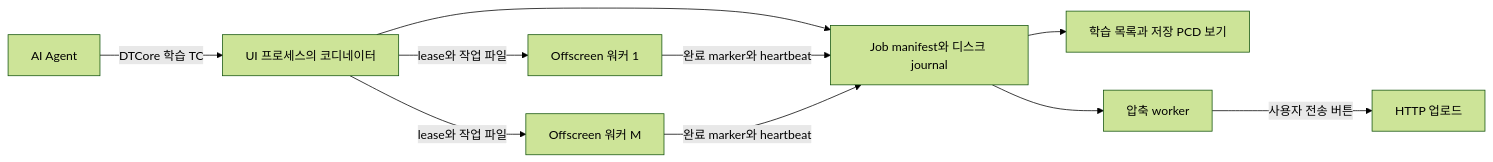
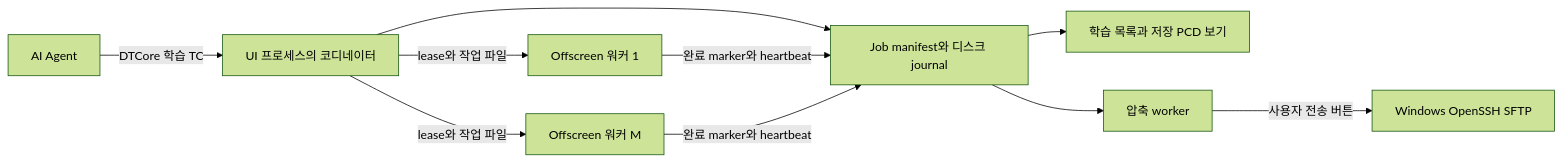
The diagram in docs/TRAIN_BATCH_01_DESIGN.md (YonghoKwon/UE-DT-Project), drawn with Mermaid (forest theme) before and after one commit. The commit also changed other lines of this file, not shown here.

First line of the commit message:
docs(TRAIN-BATCH-01): adopt sampled timeline and key-based SFTP decisions

````diff
--- a/docs/TRAIN_BATCH_01_DESIGN.md
+++ b/docs/TRAIN_BATCH_01_DESIGN.md
@@ -79,12 +79,12 @@
 ```mermaid
 flowchart LR
     Agent[AI Agent] -->|DTCore 학습 TC| Coordinator[UI 프로세스의 코디네이터]
     Coordinator --> Journal[Job manifest와 디스크 journal]
     Coordinator -->|lease와 작업 파일| W1[Offscreen 워커 1]
     Coordinator -->|lease와 작업 파일| WM[Offscreen 워커 M]
     W1 -->|완료 marker와 heartbeat| Journal
     WM -->|완료 marker와 heartbeat| Journal
     Journal --> Viewer[학습 목록과 저장 PCD 보기]
     Journal --> Archive[압축 worker]
-    Archive -->|사용자 전송 버튼| HTTP[HTTP 업로드]
+    Archive -->|사용자 전송 버튼| SFTP[Windows OpenSSH SFTP]
 ```
````
